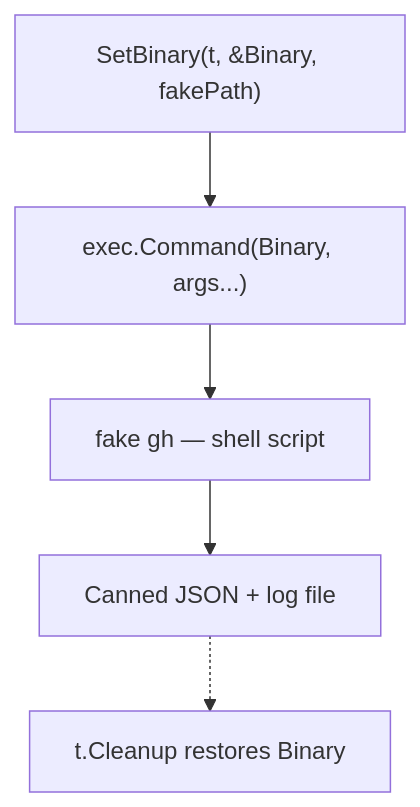
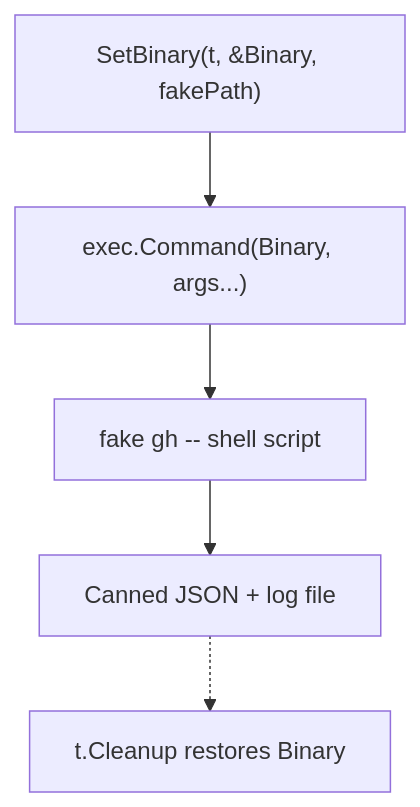
Before and after one commit to pavelpascari/sdf: the fourth of 6 diagrams in www/src/content/blog/testing-cli-tools-that-shell-out.mdx, drawn with Mermaid. The commit also changed other lines of this file and 34 other files, not shown here.

````diff
--- a/www/src/content/blog/testing-cli-tools-that-shell-out.mdx
+++ b/www/src/content/blog/testing-cli-tools-that-shell-out.mdx
@@ -165,9 +165,9 @@
 ```mermaid
 graph TD
     S["SetBinary(t, &Binary, fakePath)"]
     E["exec.Command(Binary, args...)"]
-    F["fake gh — shell script"]
+    F["fake gh -- shell script"]
     C["Canned JSON + log file"]
     R["t.Cleanup restores Binary"]
     S --> E --> F --> C -.-> R
 ```
````
